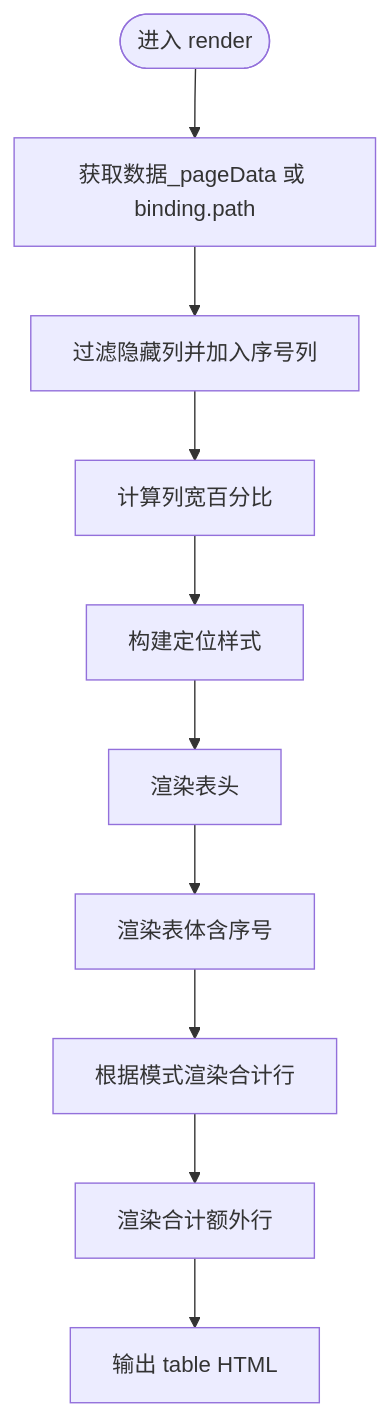
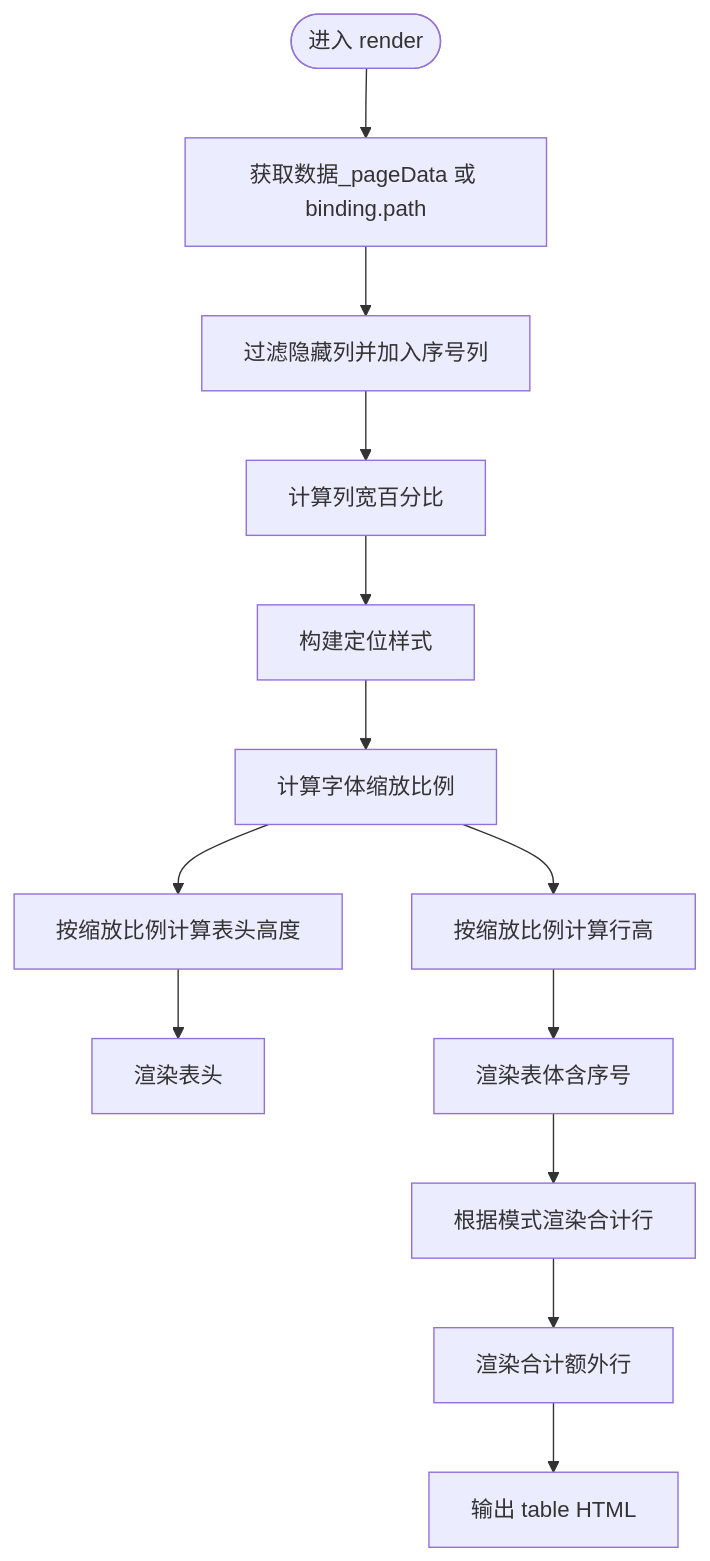
One commit to joker-yjc/printer changed the fifth of 9 diagrams in .qoder/repowiki/zh/content/组件系统详解/组件系统详解.md. Above: the diagram before and after it, drawn with Mermaid. The commit also changed other lines of this file and 56 other files, not shown here.

````diff
--- a/.qoder/repowiki/zh/content/组件系统详解/组件系统详解.md
+++ b/.qoder/repowiki/zh/content/组件系统详解/组件系统详解.md
@@ -218,12 +231,15 @@
 ```mermaid
 flowchart TD
 S(["进入 render"]) --> GetData["获取数据_pageData 或 binding.path"]
 GetData --> FilterCols["过滤隐藏列并加入序号列"]
 FilterCols --> WidthCalc["计算列宽百分比"]
 WidthCalc --> Pos["构建定位样式"]
-Pos --> Header["渲染表头"]
-Header --> Body["渲染表体含序号"]
+Pos --> FontScale["计算字体缩放比例"]
+FontScale --> HeaderHeight["按缩放比例计算表头高度"]
+FontScale --> RowHeight["按缩放比例计算行高"]
+HeaderHeight --> Header["渲染表头"]
+RowHeight --> Body["渲染表体含序号"]
 Body --> Summary["根据模式渲染合计行"]
 Summary --> Extra["渲染合计额外行"]
 Extra --> Out["输出 table HTML"]
 ```
````
